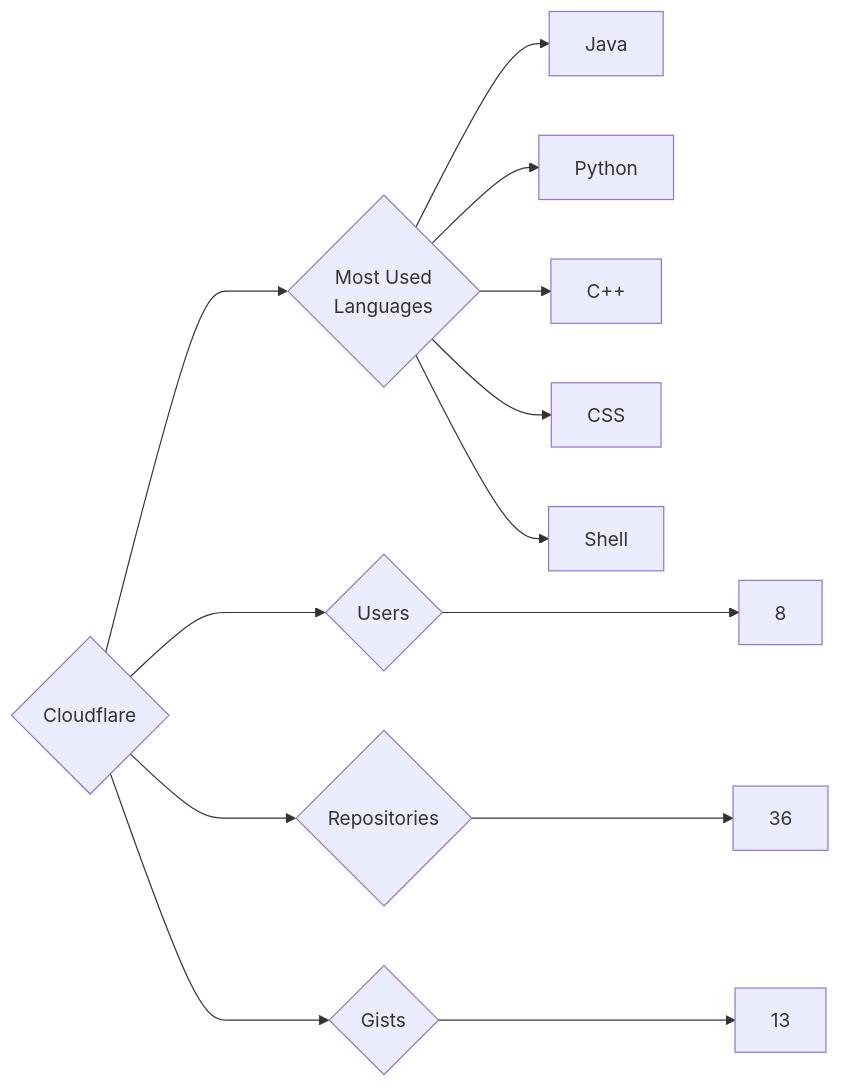
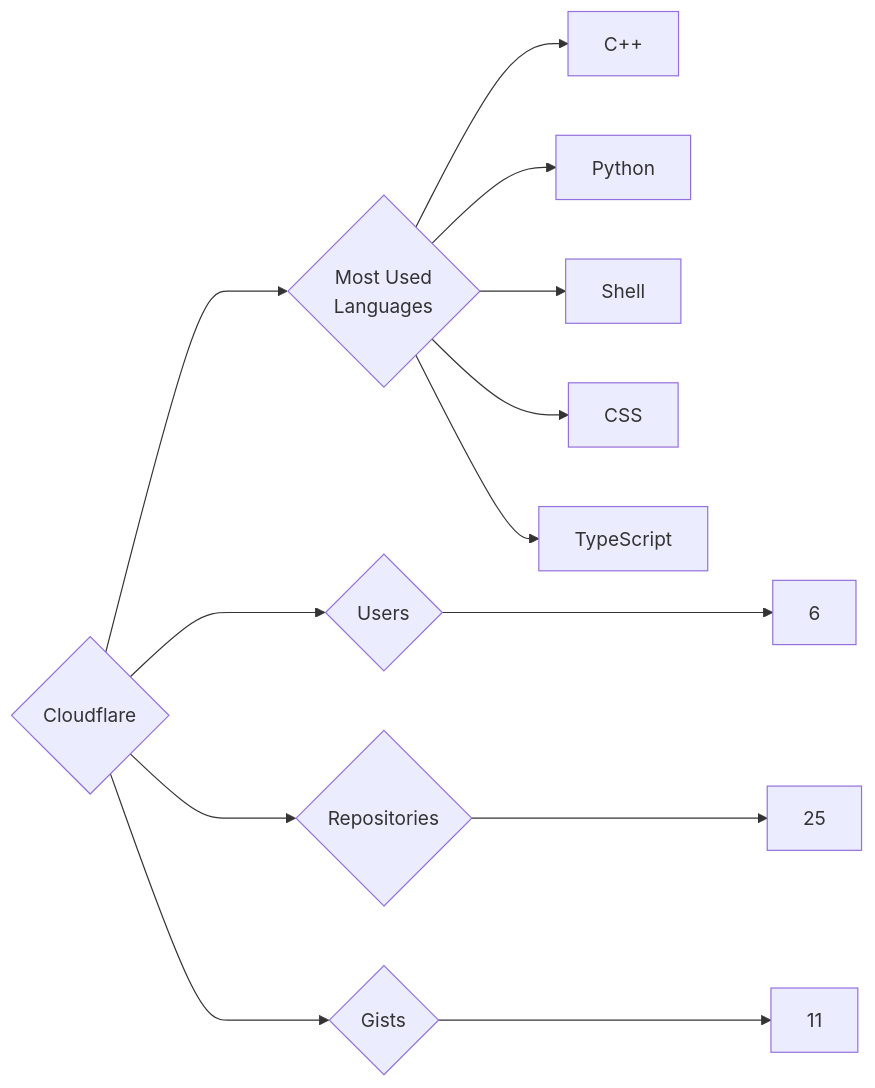
Before and after one commit to trickest/insiders: the diagram in targets/Cloudflare/README.md, drawn with Mermaid. The commit also changed 938 other files, not shown here.

````diff
--- a/targets/Cloudflare/README.md
+++ b/targets/Cloudflare/README.md
@@ -3,13 +3,13 @@
 ```mermaid
 graph LR
 COMPANY_NAME{Cloudflare}
-COMPANY_NAME ---> U{Users} ---> UN[8]
-COMPANY_NAME ---> R{Repositories} ---> RN[36]
-COMPANY_NAME ---> G{Gists} ---> GN[13]
+COMPANY_NAME ---> U{Users} ---> UN[6]
+COMPANY_NAME ---> R{Repositories} ---> RN[25]
+COMPANY_NAME ---> G{Gists} ---> GN[11]
 COMPANY_NAME ---> ML{Most Used<br>Languages}
-ML --> Java[Java]
+ML --> C++[C++]
 ML --> Python[Python]
-ML --> C++[C++]
+ML --> Shell[Shell]
 ML --> CSS[CSS]
-ML --> Shell[Shell]
+ML --> TypeScript[TypeScript]
 ```
````
